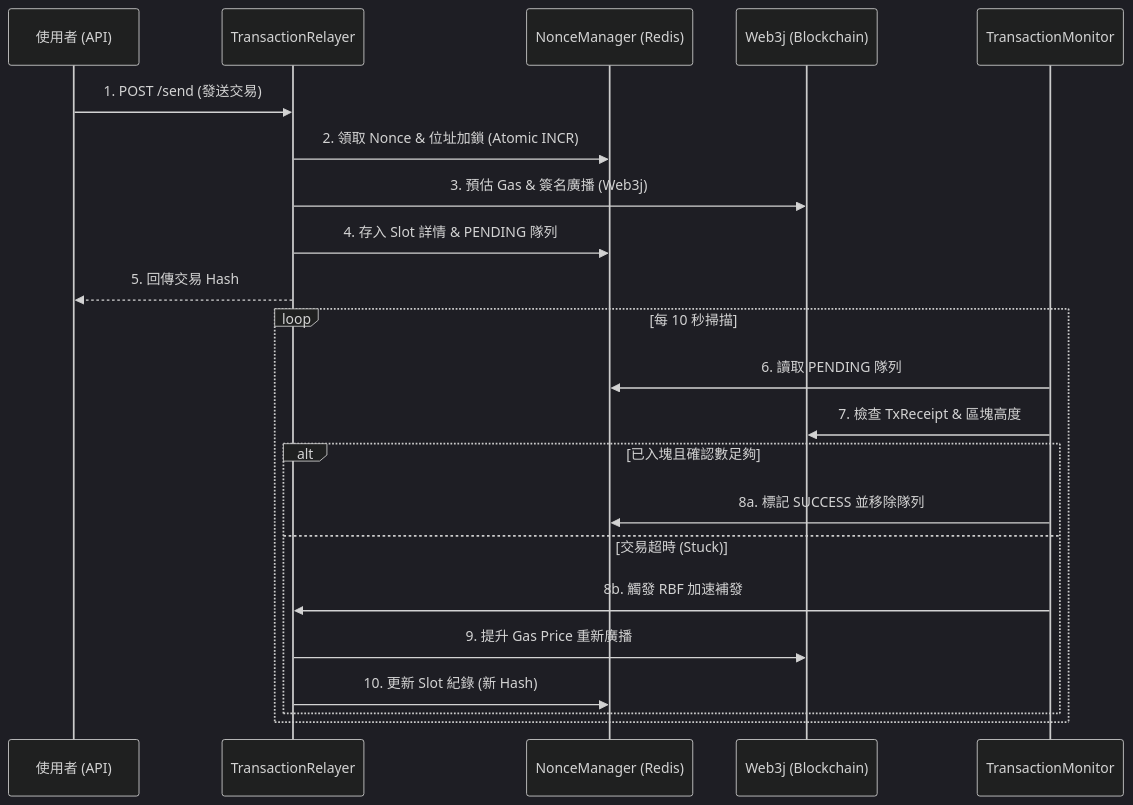
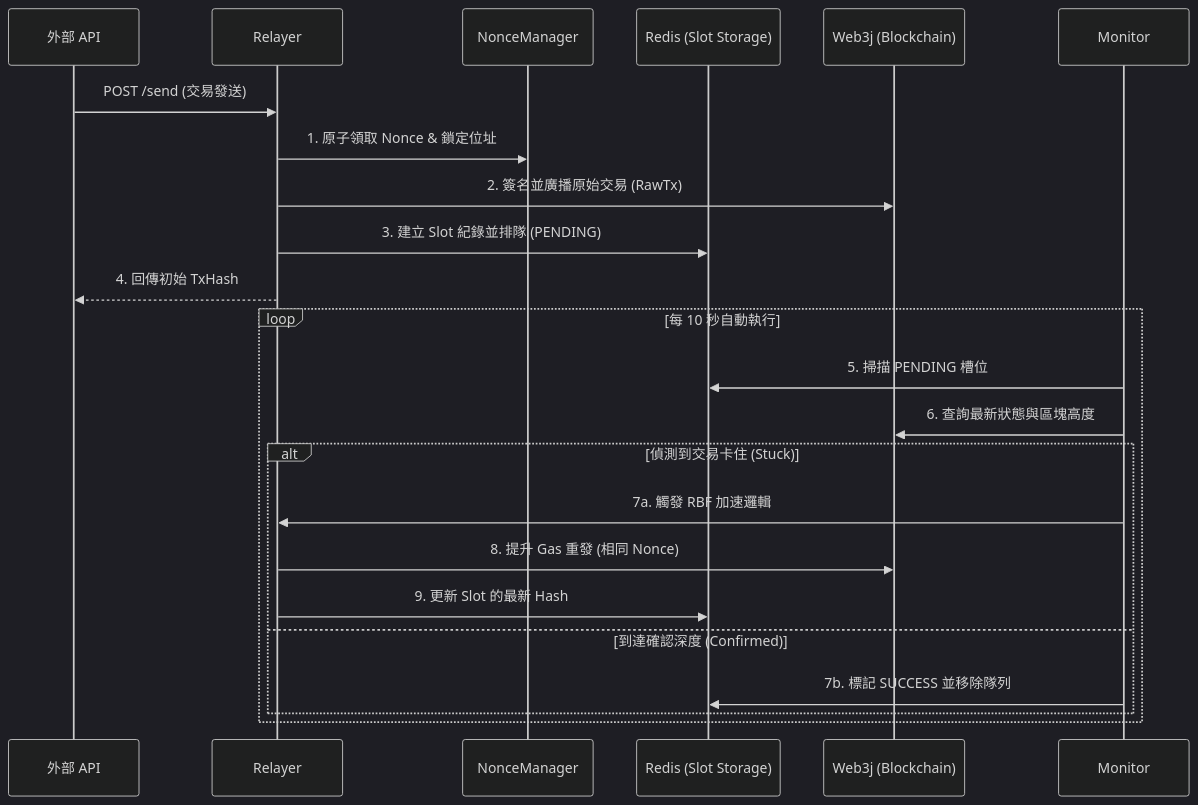
One commit to l236236f/TxRelayerPratice changed the second of 2 diagrams in README.md. Above: the diagram before and after it, drawn with Mermaid (dark theme). The commit also changed other lines of this file, not shown here.

Commit message:
docs: upgrade README architecture with logical flowcharts for RBF and multi-confirmation

````diff
--- a/README.md
+++ b/README.md
@@ -11,26 +35,27 @@
 ```mermaid
 sequenceDiagram
-    participant U as 使用者 (API)
-    participant R as TransactionRelayer
-    participant N as NonceManager (Redis)
+    participant U as 外部 API
+    participant R as Relayer
+    participant N as NonceManager
+    participant RD as Redis (Slot Storage)
     participant W as Web3j (Blockchain)
-    participant M as TransactionMonitor
+    participant M as Monitor
 
-    U->>R: 1. POST /send (發送交易)
-    R->>N: 2. 領取 Nonce & 位址加鎖 (Atomic INCR)
-    R->>W: 3. 預估 Gas & 簽名廣播 (Web3j)
-    R->>N: 4. 存入 Slot 詳情 & PENDING 隊列
-    R-->>U: 5. 回傳交易 Hash
+    U->>R: POST /send (交易發送)
+    R->>N: 1. 原子領取 Nonce & 鎖定位址
+    R->>W: 2. 簽名並廣播原始交易 (RawTx)
+    R->>RD: 3. 建立 Slot 紀錄並排隊 (PENDING)
+    R-->>U: 4. 回傳初始 TxHash
 
-    loop 每 10 秒掃描
-        M->>N: 6. 讀取 PENDING 隊列
-        M->>W: 7. 檢查 TxReceipt & 區塊高度
-        alt 已入塊且確認數足夠
-            M->>N: 8a. 標記 SUCCESS 並移除隊列
-        else 交易超時 (Stuck)
-            M->>R: 8b. 觸發 RBF 加速補發
-            R->>W: 9. 提升 Gas Price 重新廣播
-            R->>N: 10. 更新 Slot 紀錄 (新 Hash)
+    loop 每 10 秒自動執行
+        M->>RD: 5. 掃描 PENDING 槽位
+        M->>W: 6. 查詢最新狀態與區塊高度
+        alt 偵測到交易卡住 (Stuck)
+            M->>R: 7a. 觸發 RBF 加速邏輯
+            R->>W: 8. 提升 Gas 重發 (相同 Nonce)
+            R->>RD: 9. 更新 Slot 的最新 Hash
+        else 到達確認深度 (Confirmed)
+            M->>RD: 7b. 標記 SUCCESS 並移除隊列
         end
     end
 ```
````
